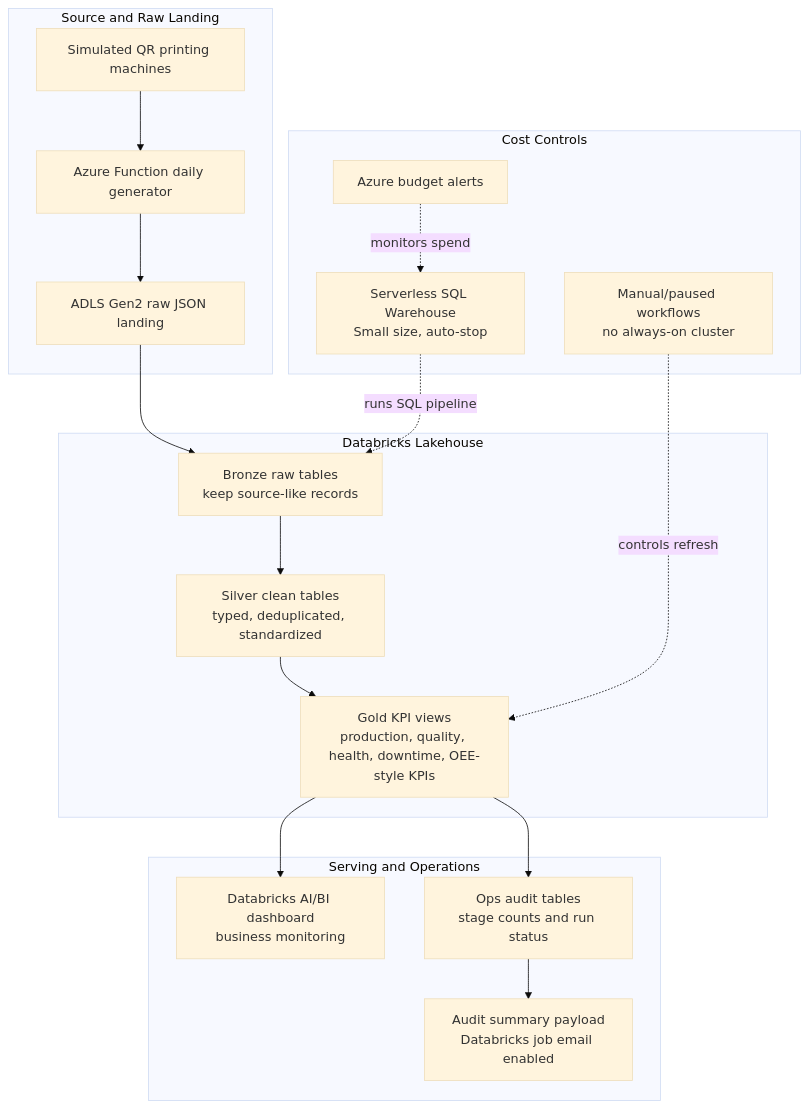
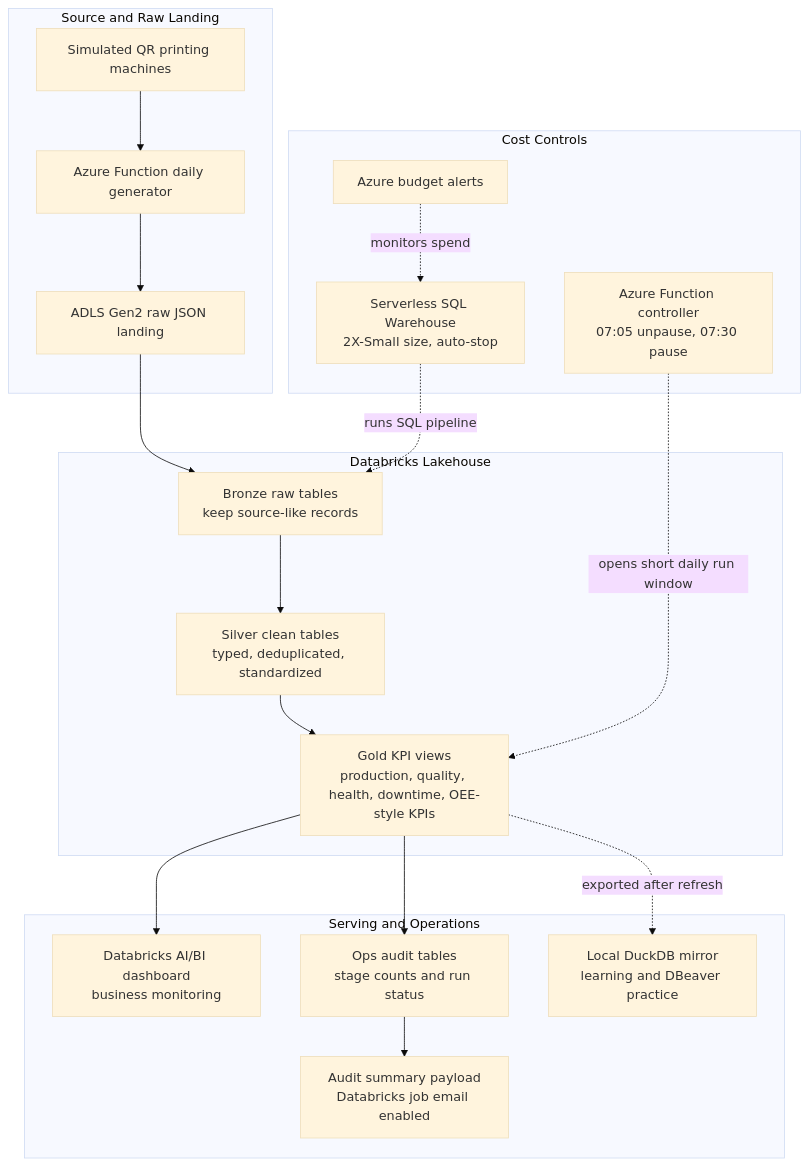
The diagram in README.md (Tuaaut/Azure-Databrick-SQLDashboard-Project1), drawn with Mermaid (base theme) before and after one commit. The commit also changed other lines of this file and 12 other files, not shown here.

Commit message:
Add cost-controlled Databricks daily flow

````diff
--- a/README.md
+++ b/README.md
@@ -20,34 +20,36 @@
 ```mermaid
 flowchart TB
     subgraph Source["Source and Raw Landing"]
         A["Simulated QR printing machines"]
         B["Azure Function daily generator"]
         C["ADLS Gen2 raw JSON landing"]
         A --> B --> C
     end
 
     subgraph Lakehouse["Databricks Lakehouse"]
         D["Bronze raw tables<br/>keep source-like records"]
         E["Silver clean tables<br/>typed, deduplicated, standardized"]
         F["Gold KPI views<br/>production, quality, health, downtime, OEE-style KPIs"]
         C --> D --> E --> F
     end
 
     subgraph Serving["Serving and Operations"]
         G["Databricks AI/BI dashboard<br/>business monitoring"]
         H["Ops audit tables<br/>stage counts and run status"]
         I["Audit summary payload<br/>Databricks job email enabled"]
+        M["Local DuckDB mirror<br/>learning and DBeaver practice"]
         F --> G
         F --> H --> I
+        F -. exported after refresh .-> M
     end
 
     subgraph Cost["Cost Controls"]
-        J["Serverless SQL Warehouse<br/>Small size, auto-stop"]
-        K["Manual/paused workflows<br/>no always-on cluster"]
+        J["Serverless SQL Warehouse<br/>2X-Small size, auto-stop"]
+        K["Azure Function controller<br/>07:05 unpause, 07:30 pause"]
         L["Azure budget alerts"]
     end
 
     J -. runs SQL pipeline .-> D
-    K -. controls refresh .-> F
+    K -. opens short daily run window .-> F
     L -. monitors spend .-> J
 ```
````
